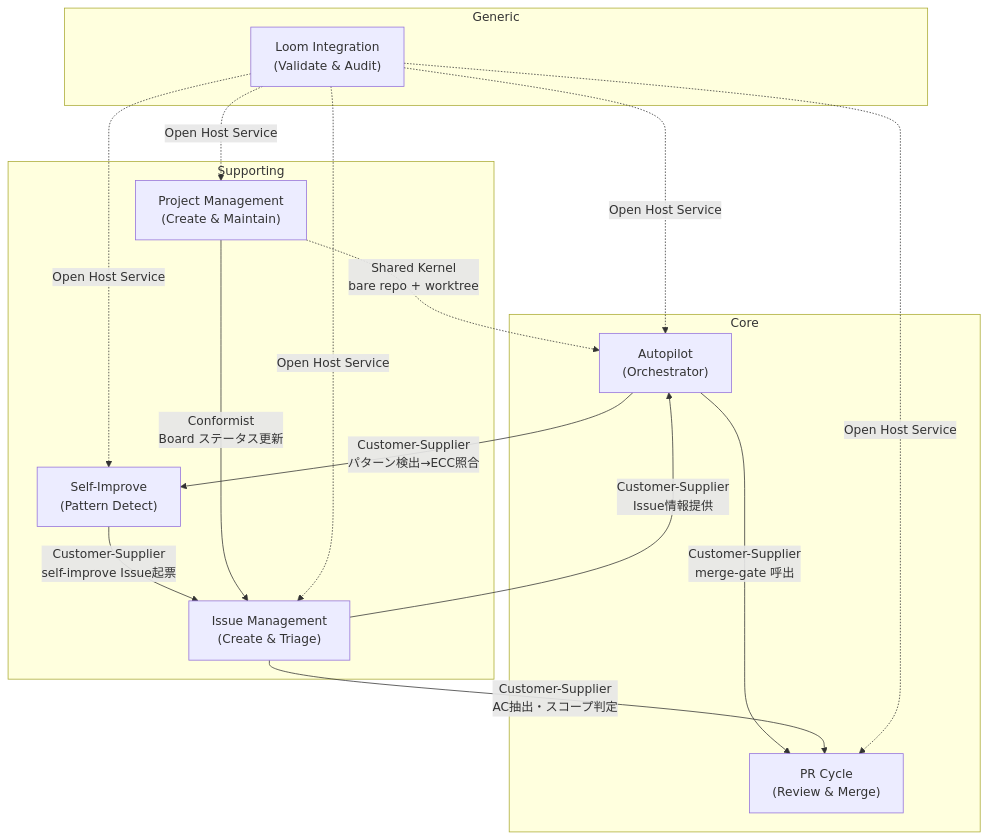
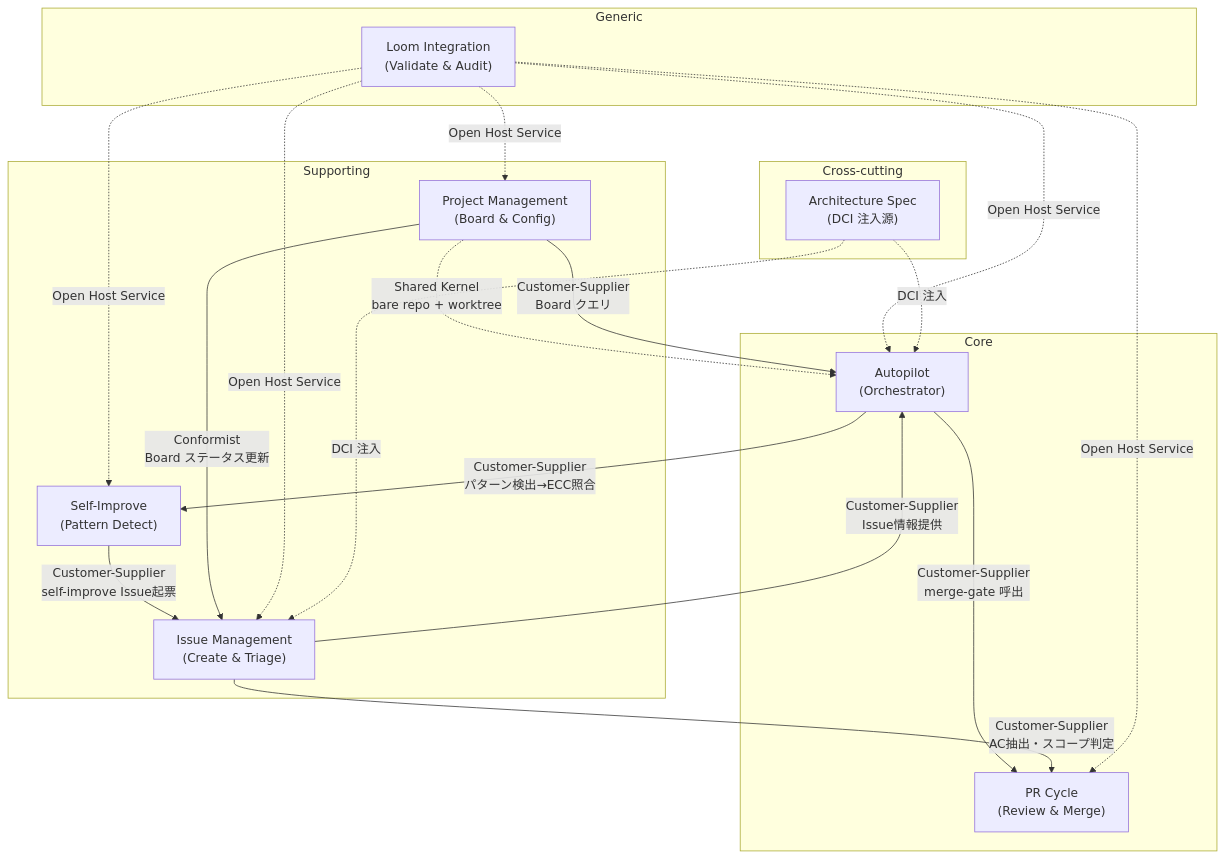
The first of 2 diagrams in plugins/dev/architecture/domain/context-map.md (shuu5/twill), drawn with Mermaid before and after one commit. The commit also changed other lines of this file and 109 other files, not shown here.

First line of the commit message:
refactor(architecture): 全面リフレッシュ - living document化

````diff
--- a/plugins/dev/architecture/domain/context-map.md
+++ b/plugins/dev/architecture/domain/context-map.md
@@ -20,34 +20,42 @@
 ```mermaid
 graph TD
     subgraph "Core"
         AP["Autopilot<br/>(Orchestrator)"]
         PR["PR Cycle<br/>(Review & Merge)"]
     end
 
     subgraph "Supporting"
         IM["Issue Management<br/>(Create & Triage)"]
-        PM["Project Management<br/>(Create & Maintain)"]
+        PM["Project Management<br/>(Board & Config)"]
         SI["Self-Improve<br/>(Pattern Detect)"]
     end
 
     subgraph "Generic"
         LI["Loom Integration<br/>(Validate & Audit)"]
+    end
+
+    subgraph "Cross-cutting"
+        AS["Architecture Spec<br/>(DCI 注入源)"]
     end
 
     AP -->|"Customer-Supplier<br/>merge-gate 呼出"| PR
     AP -->|"Customer-Supplier<br/>パターン検出→ECC照合"| SI
 
     IM -->|"Customer-Supplier<br/>Issue情報提供"| AP
     IM -->|"Customer-Supplier<br/>AC抽出・スコープ判定"| PR
 
     SI -->|"Customer-Supplier<br/>self-improve Issue起票"| IM
 
     PM -->|"Conformist<br/>Board ステータス更新"| IM
     PM -.->|"Shared Kernel<br/>bare repo + worktree"| AP
+    PM -->|"Customer-Supplier<br/>Board クエリ"| AP
 
     LI -.->|"Open Host Service"| AP
     LI -.->|"Open Host Service"| PR
     LI -.->|"Open Host Service"| IM
     LI -.->|"Open Host Service"| PM
     LI -.->|"Open Host Service"| SI
+
+    AS -.->|"DCI 注入"| IM
+    AS -.->|"DCI 注入"| AP
 ```
````
